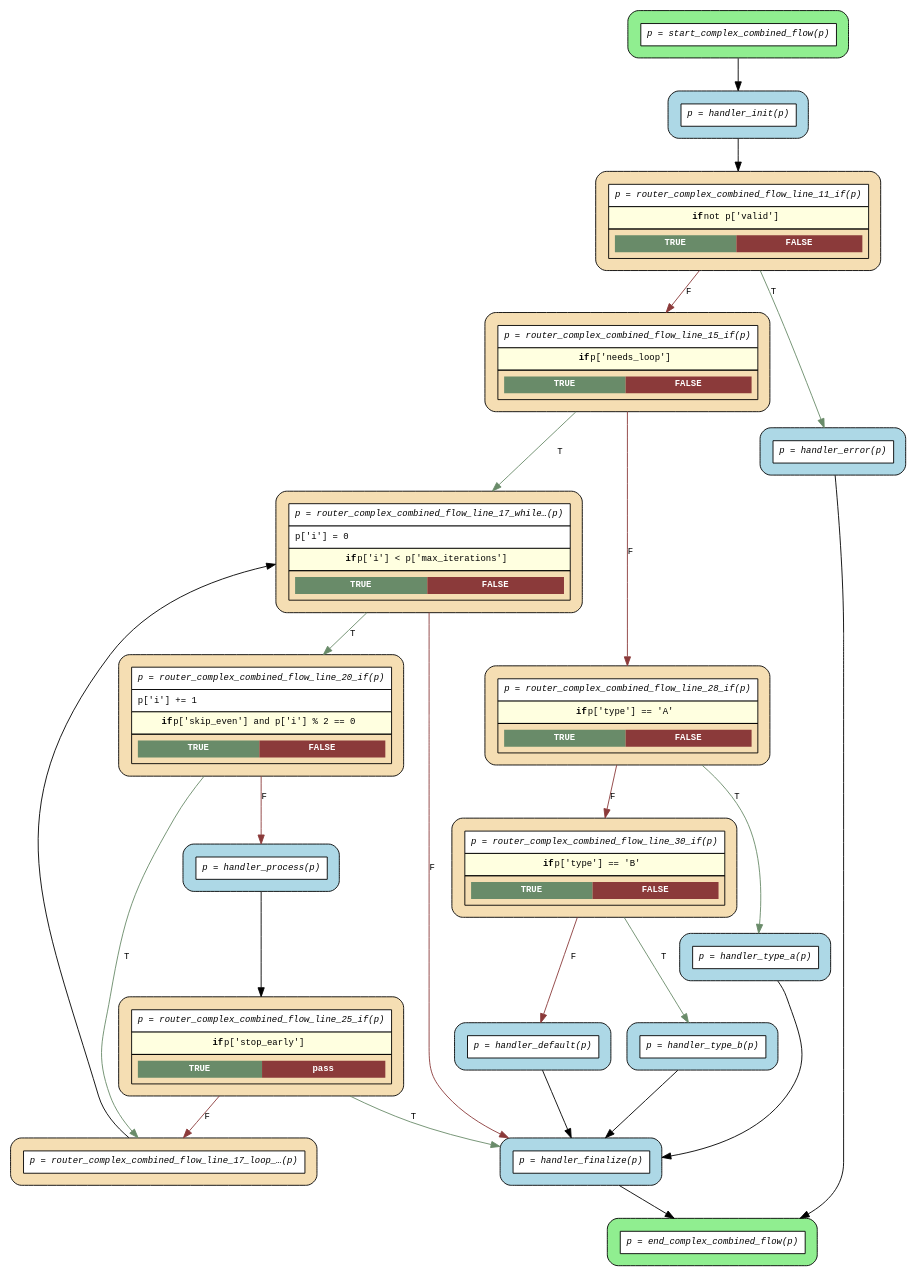
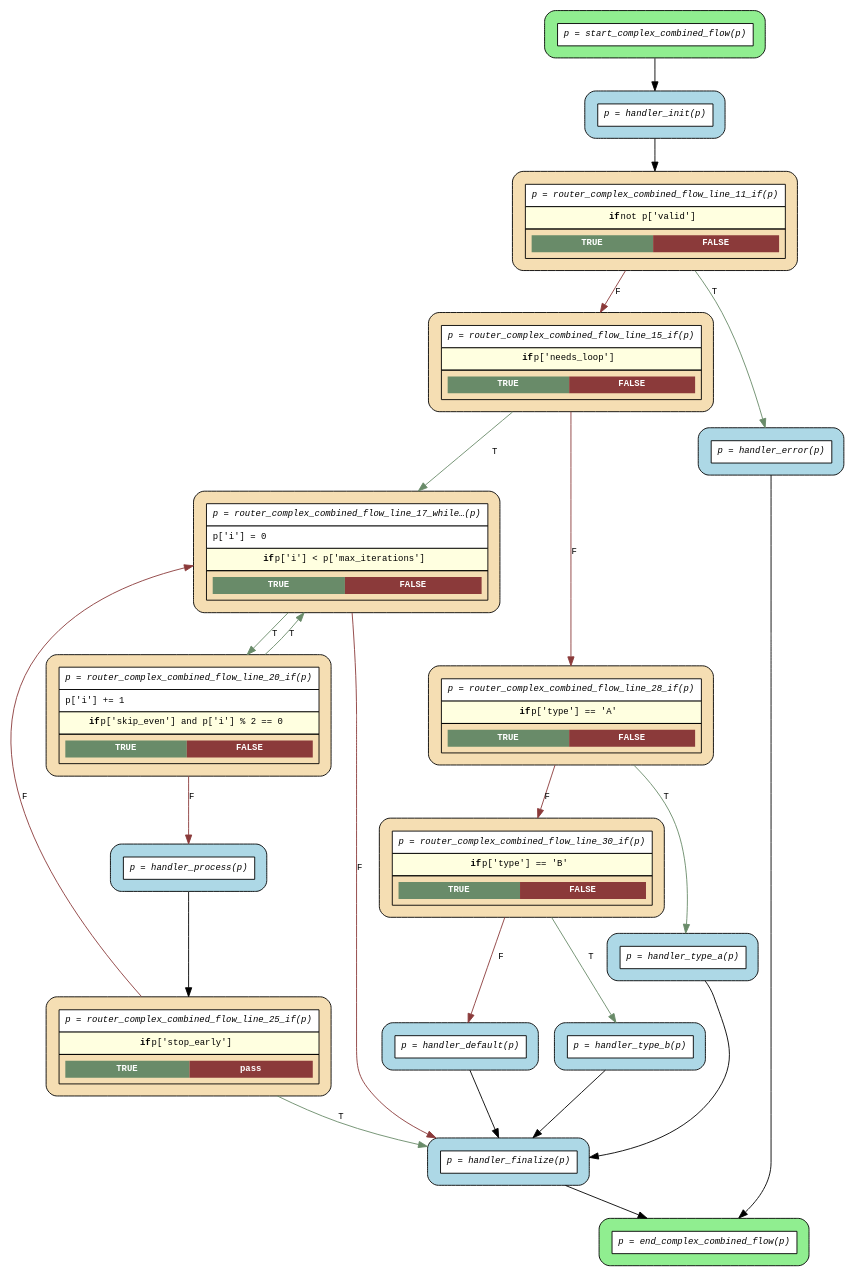
The diagram in examples/flows/compiled/complex_combined/flow.dot (deliveryhero/asya), drawn with Graphviz before and after one commit. The commit also changed 40 other files, not shown here.

First line of the commit message:
fix(grouper): eliminate no-op loop_back routers for conditional while loops

```diff
--- a/examples/flows/compiled/complex_combined/flow.dot
+++ b/examples/flows/compiled/complex_combined/flow.dot
@@ -1,48 +1,46 @@
 digraph flow {
   rankdir=TB;
   graph [fontname="Courier", fontsize=10];
   node [fontname="Courier", fontsize=10, shape=box, style="filled,rounded", margin="0.2"];
   edge [fontname="Courier", fontsize=10];
 
   start_complex_combined_flow [fillcolor="lightgreen", label=<<table border="0" cellspacing="0" cellpadding="6" cellborder="1"><tr><td bgcolor="white" align="center"><i>p = start_complex_combined_flow(p)</i></td></tr></table>>];
   router_complex_combined_flow_line_25_if [fillcolor="wheat", label=<<table border="0" cellspacing="0" cellpadding="6" cellborder="1"><tr><td bgcolor="white" align="center"><i>p = router_complex_combined_flow_line_25_if(p)</i></td></tr><tr><td bgcolor="lightyellow"><b>if</b> p['stop_early']</td></tr><tr><td><table border="0" cellspacing="0" cellpadding="4"><tr><td bgcolor="darkseagreen4"><font color="white"><b>TRUE</b></font></td><td bgcolor="indianred4"><font color="white"><b>pass</b></font></td></tr></table></td></tr></table>>];
   router_complex_combined_flow_line_20_if [fillcolor="wheat", label=<<table border="0" cellspacing="0" cellpadding="6" cellborder="1"><tr><td bgcolor="white" align="center"><i>p = router_complex_combined_flow_line_20_if(p)</i></td></tr><tr><td bgcolor="white" align="left">p['i'] += 1</td></tr><tr><td bgcolor="lightyellow"><b>if</b> p['skip_even'] and p['i'] % 2 == 0</td></tr><tr><td><table border="0" cellspacing="0" cellpadding="4"><tr><td bgcolor="darkseagreen4"><font color="white"><b>TRUE</b></font></td><td bgcolor="indianred4"><font color="white"><b>FALSE</b></font></td></tr></table></td></tr></table>>];
-  router_complex_combined_flow_line_17_loop_back_0 [fillcolor="wheat", label=<<table border="0" cellspacing="0" cellpadding="6" cellborder="1"><tr><td bgcolor="white" align="center"><i>p = router_complex_combined_flow_line_17_loop_…(p)</i></td></tr></table>>];
   router_complex_combined_flow_line_17_while_0 [fillcolor="wheat", label=<<table border="0" cellspacing="0" cellpadding="6" cellborder="1"><tr><td bgcolor="white" align="center"><i>p = router_complex_combined_flow_line_17_while…(p)</i></td></tr><tr><td bgcolor="white" align="left">p['i'] = 0</td></tr><tr><td bgcolor="lightyellow"><b>if</b> p['i'] &lt; p['max_iterations']</td></tr><tr><td><table border="0" cellspacing="0" cellpadding="4"><tr><td bgcolor="darkseagreen4"><font color="white"><b>TRUE</b></font></td><td bgcolor="indianred4"><font color="white"><b>FALSE</b></font></td></tr></table></td></tr></table>>];
   router_complex_combined_flow_line_30_if [fillcolor="wheat", label=<<table border="0" cellspacing="0" cellpadding="6" cellborder="1"><tr><td bgcolor="white" align="center"><i>p = router_complex_combined_flow_line_30_if(p)</i></td></tr><tr><td bgcolor="lightyellow"><b>if</b> p['type'] == 'B'</td></tr><tr><td><table border="0" cellspacing="0" cellpadding="4"><tr><td bgcolor="darkseagreen4"><font color="white"><b>TRUE</b></font></td><td bgcolor="indianred4"><font color="white"><b>FALSE</b></font></td></tr></table></td></tr></table>>];
   router_complex_combined_flow_line_28_if [fillcolor="wheat", label=<<table border="0" cellspacing="0" cellpadding="6" cellborder="1"><tr><td bgcolor="white" align="center"><i>p = router_complex_combined_flow_line_28_if(p)</i></td></tr><tr><td bgcolor="lightyellow"><b>if</b> p['type'] == 'A'</td></tr><tr><td><table border="0" cellspacing="0" cellpadding="4"><tr><td bgcolor="darkseagreen4"><font color="white"><b>TRUE</b></font></td><td bgcolor="indianred4"><font color="white"><b>FALSE</b></font></td></tr></table></td></tr></table>>];
   router_complex_combined_flow_line_15_if [fillcolor="wheat", label=<<table border="0" cellspacing="0" cellpadding="6" cellborder="1"><tr><td bgcolor="white" align="center"><i>p = router_complex_combined_flow_line_15_if(p)</i></td></tr><tr><td bgcolor="lightyellow"><b>if</b> p['needs_loop']</td></tr><tr><td><table border="0" cellspacing="0" cellpadding="4"><tr><td bgcolor="darkseagreen4"><font color="white"><b>TRUE</b></font></td><td bgcolor="indianred4"><font color="white"><b>FALSE</b></font></td></tr></table></td></tr></table>>];
   router_complex_combined_flow_line_11_if [fillcolor="wheat", label=<<table border="0" cellspacing="0" cellpadding="6" cellborder="1"><tr><td bgcolor="white" align="center"><i>p = router_complex_combined_flow_line_11_if(p)</i></td></tr><tr><td bgcolor="lightyellow"><b>if</b> not p['valid']</td></tr><tr><td><table border="0" cellspacing="0" cellpadding="4"><tr><td bgcolor="darkseagreen4"><font color="white"><b>TRUE</b></font></td><td bgcolor="indianred4"><font color="white"><b>FALSE</b></font></td></tr></table></td></tr></table>>];
   end_complex_combined_flow [fillcolor="lightgreen", label=<<table border="0" cellspacing="0" cellpadding="6" cellborder="1"><tr><td bgcolor="white" align="center"><i>p = end_complex_combined_flow(p)</i></td></tr></table>>];
   handler_default [fillcolor="lightblue", label=<<table border="0" cellspacing="0" cellpadding="6" cellborder="1"><tr><td bgcolor="white" align="center"><i>p = handler_default(p)</i></td></tr></table>>];
   handler_error [fillcolor="lightblue", label=<<table border="0" cellspacing="0" cellpadding="6" cellborder="1"><tr><td bgcolor="white" align="center"><i>p = handler_error(p)</i></td></tr></table>>];
   handler_finalize [fillcolor="lightblue", label=<<table border="0" cellspacing="0" cellpadding="6" cellborder="1"><tr><td bgcolor="white" align="center"><i>p = handler_finalize(p)</i></td></tr></table>>];
   handler_init [fillcolor="lightblue", label=<<table border="0" cellspacing="0" cellpadding="6" cellborder="1"><tr><td bgcolor="white" align="center"><i>p = handler_init(p)</i></td></tr></table>>];
   handler_process [fillcolor="lightblue", label=<<table border="0" cellspacing="0" cellpadding="6" cellborder="1"><tr><td bgcolor="white" align="center"><i>p = handler_process(p)</i></td></tr></table>>];
   handler_type_a [fillcolor="lightblue", label=<<table border="0" cellspacing="0" cellpadding="6" cellborder="1"><tr><td bgcolor="white" align="center"><i>p = handler_type_a(p)</i></td></tr></table>>];
   handler_type_b [fillcolor="lightblue", label=<<table border="0" cellspacing="0" cellpadding="6" cellborder="1"><tr><td bgcolor="white" align="center"><i>p = handler_type_b(p)</i></td></tr></table>>];
 
   handler_default -> handler_finalize;
   handler_error -> end_complex_combined_flow;
   handler_finalize -> end_complex_combined_flow;
   handler_init -> router_complex_combined_flow_line_11_if;
   handler_process -> router_complex_combined_flow_line_25_if;
   handler_type_a -> handler_finalize;
   handler_type_b -> handler_finalize;
   router_complex_combined_flow_line_11_if -> handler_error [label="T", color=darkseagreen4];
   router_complex_combined_flow_line_11_if -> router_complex_combined_flow_line_15_if [label="F", color=indianred4];
   router_complex_combined_flow_line_15_if -> router_complex_combined_flow_line_17_while_0 [label="T", color=darkseagreen4];
   router_complex_combined_flow_line_15_if -> router_complex_combined_flow_line_28_if [label="F", color=indianred4];
-  router_complex_combined_flow_line_17_loop_back_0 -> router_complex_combined_flow_line_17_while_0 [constraint=false];
   router_complex_combined_flow_line_17_while_0 -> handler_finalize [label="F", color=indianred4];
   router_complex_combined_flow_line_17_while_0 -> router_complex_combined_flow_line_20_if [label="T", color=darkseagreen4];
   router_complex_combined_flow_line_20_if -> handler_process [label="F", color=indianred4];
-  router_complex_combined_flow_line_20_if -> router_complex_combined_flow_line_17_loop_back_0 [label="T", color=darkseagreen4];
+  router_complex_combined_flow_line_20_if -> router_complex_combined_flow_line_17_while_0 [label="T", color=darkseagreen4];
   router_complex_combined_flow_line_25_if -> handler_finalize [label="T", color=darkseagreen4];
-  router_complex_combined_flow_line_25_if -> router_complex_combined_flow_line_17_loop_back_0 [label="F", color=indianred4];
+  router_complex_combined_flow_line_25_if -> router_complex_combined_flow_line_17_while_0 [label="F", color=indianred4, constraint=false];
   router_complex_combined_flow_line_28_if -> handler_type_a [label="T", color=darkseagreen4];
   router_complex_combined_flow_line_28_if -> router_complex_combined_flow_line_30_if [label="F", color=indianred4];
   router_complex_combined_flow_line_30_if -> handler_default [label="F", color=indianred4];
   router_complex_combined_flow_line_30_if -> handler_type_b [label="T", color=darkseagreen4];
   start_complex_combined_flow -> handler_init;
 }
```
